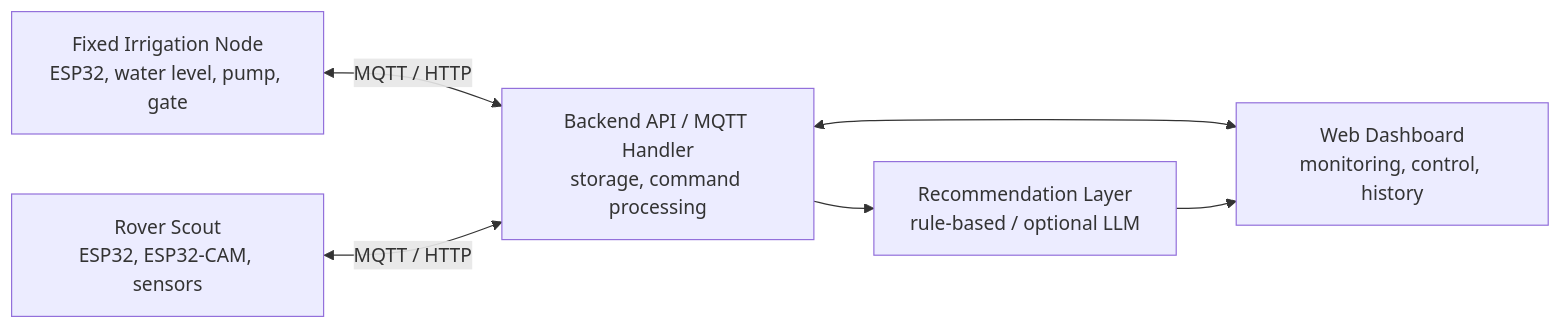
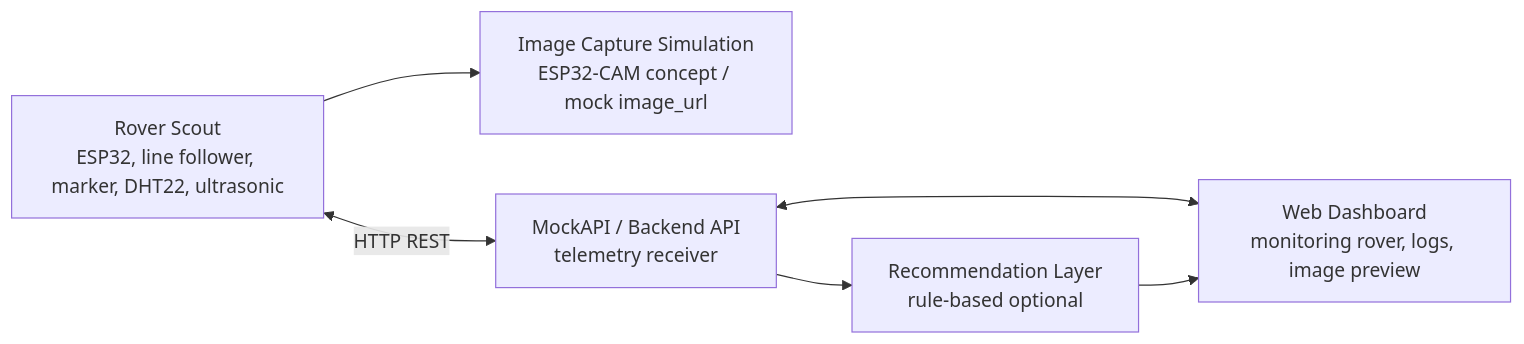
The diagram in README.md (donisettt/AgroTitan-AI), drawn with Mermaid before and after one commit. The commit also changed other lines of this file and 1 other file, not shown here.

Commit message:
docs: update README for rover scout only scope

````diff
--- a/README.md
+++ b/README.md
@@ -44,14 +71,14 @@
 ```mermaid
 flowchart LR
-    Fixed["Fixed Irrigation Node<br/>ESP32, water level, pump, gate"]
-    Backend["Backend API / MQTT Handler<br/>storage, command processing"]
-    Dashboard["Web Dashboard<br/>monitoring, control, history"]
-    Rover["Rover Scout<br/>ESP32, ESP32-CAM, sensors"]
-    Reco["Recommendation Layer<br/>rule-based / optional LLM"]
+    Rover["Rover Scout<br/>ESP32, line follower, marker, DHT22, ultrasonic"]
+    Camera["Image Capture Simulation<br/>ESP32-CAM concept / mock image_url"]
+    API["MockAPI / Backend API<br/>telemetry receiver"]
+    Dashboard["Web Dashboard<br/>monitoring rover, logs, image preview"]
+    Reco["Recommendation Layer<br/>rule-based optional"]
 
-    Fixed <-->|MQTT / HTTP| Backend
-    Rover <-->|MQTT / HTTP| Backend
-    Backend <--> Dashboard
-    Backend --> Reco
+    Rover --> Camera
+    Rover <-->|HTTP REST| API
+    API <--> Dashboard
+    API --> Reco
     Reco --> Dashboard
 ```
````
